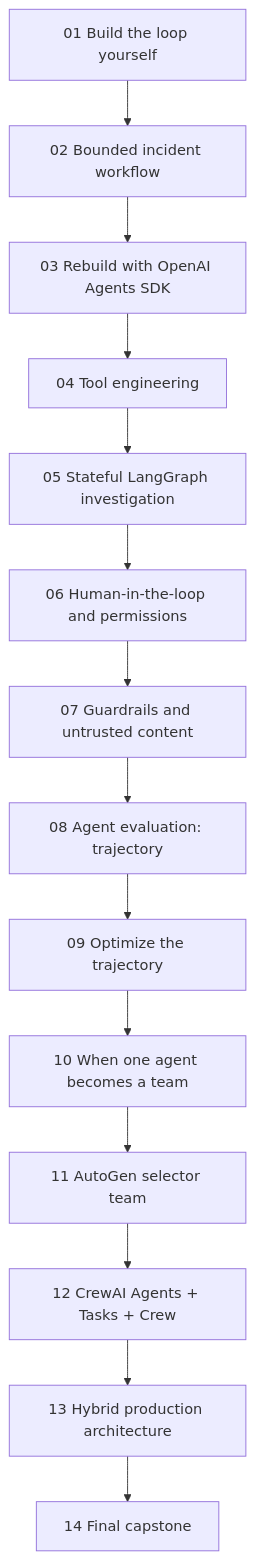
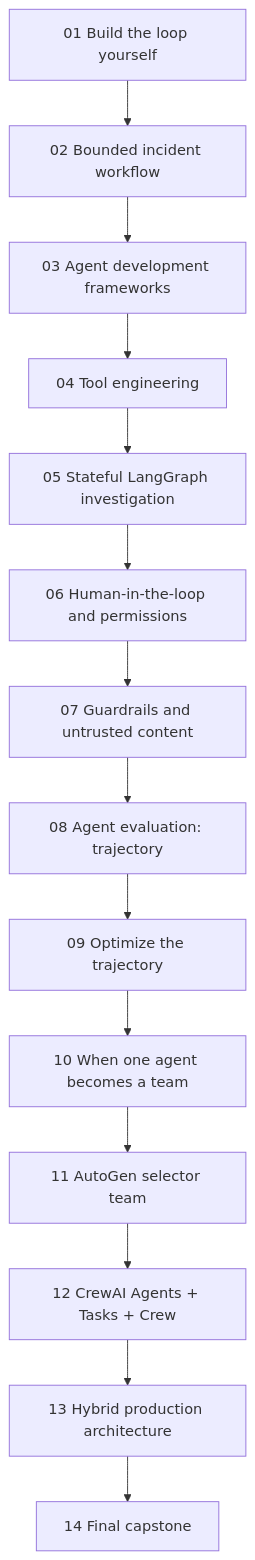
The diagram in docs/agentops-lab.md (mahsa-teimourikia/awesome-ai-agents), drawn with Mermaid before and after one commit. The commit also changed other lines of this file and 10 other files, not shown here.

Commit message:
Expand agent development frameworks course

````diff
--- a/docs/agentops-lab.md
+++ b/docs/agentops-lab.md
@@ -49,16 +49,16 @@
 ```mermaid
 flowchart TD
     N1["01 Build the loop yourself"] --> N2["02 Bounded incident workflow"]
-    N2 --> N3["03 Rebuild with OpenAI Agents SDK"]
+    N2 --> N3["03 Agent development frameworks"]
     N3 --> N4["04 Tool engineering"]
     N4 --> N5["05 Stateful LangGraph investigation"]
     N5 --> N6["06 Human-in-the-loop and permissions"]
     N6 --> N7["07 Guardrails and untrusted content"]
     N7 --> N8["08 Agent evaluation: trajectory"]
     N8 --> N9["09 Optimize the trajectory"]
     N9 --> N10["10 When one agent becomes a team"]
     N10 --> N11["11 AutoGen selector team"]
     N11 --> N12["12 CrewAI Agents + Tasks + Crew"]
     N12 --> N13["13 Hybrid production architecture"]
     N13 --> N14["14 Final capstone"]
 ```
````
